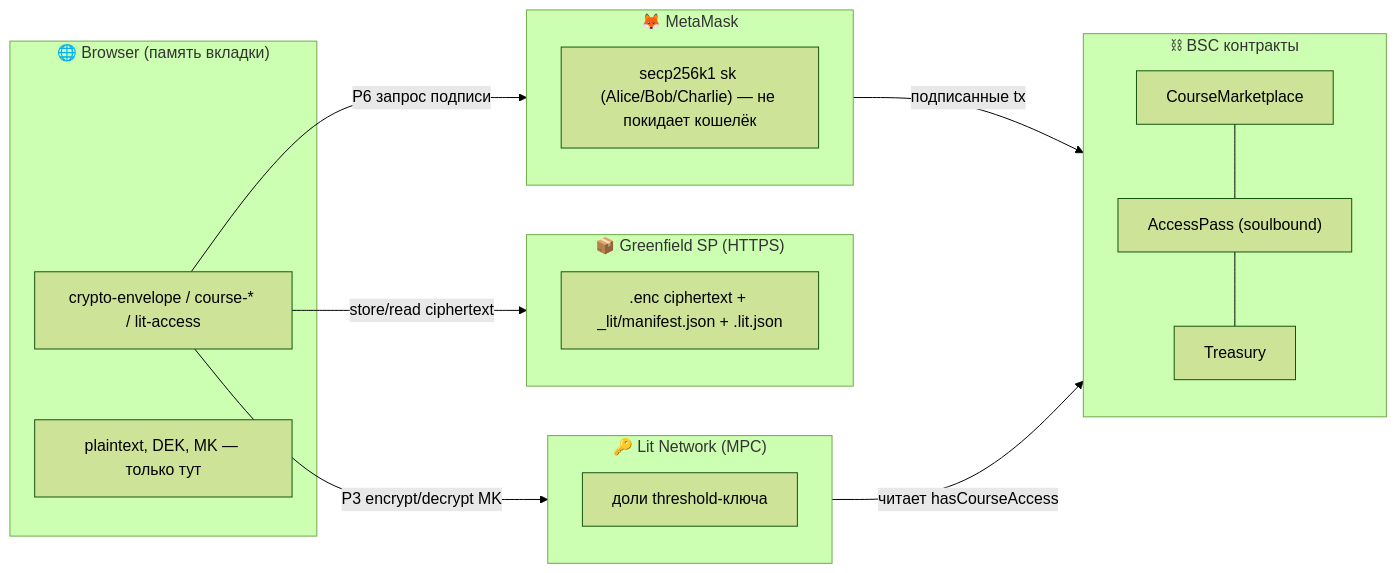
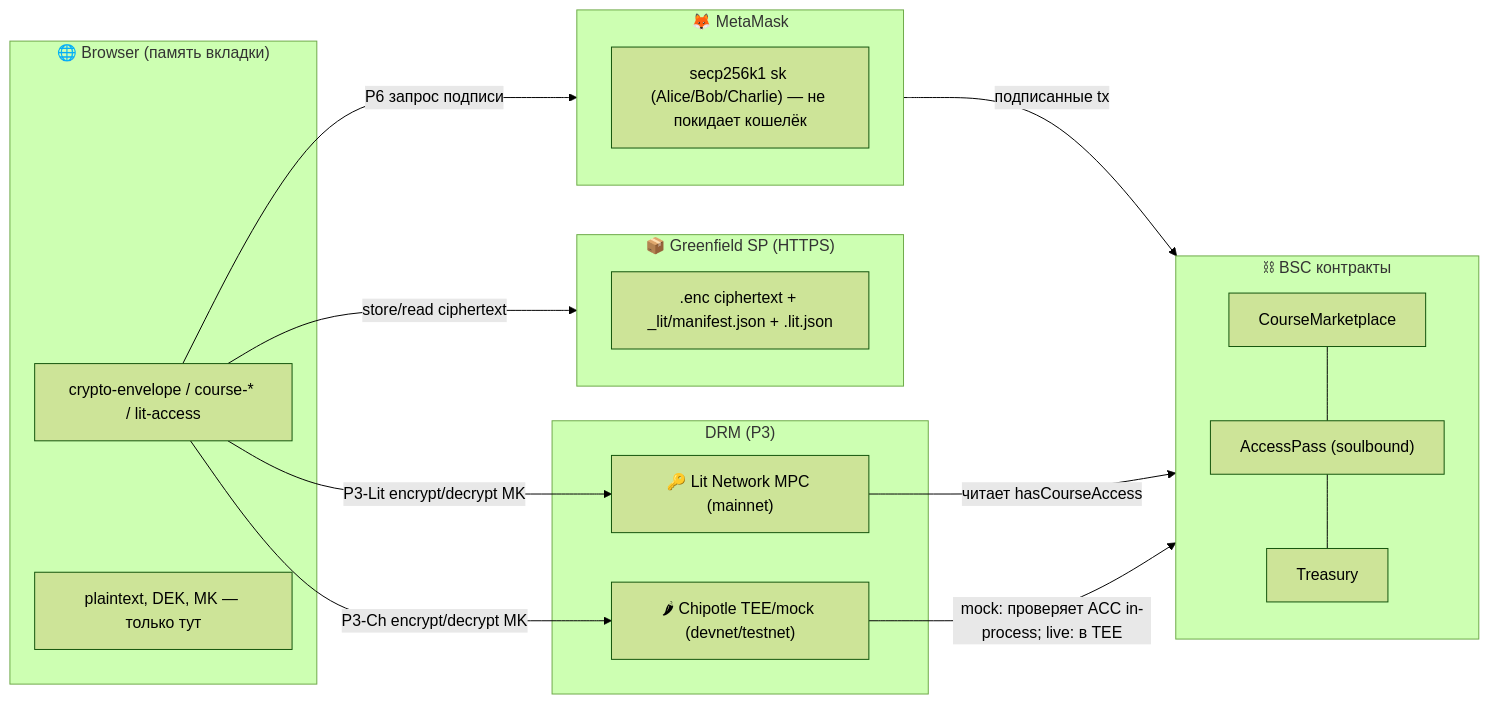
Before and after one commit to goodmai/antigravity: the second of 5 diagrams in crypto.md, drawn with Mermaid (forest theme). The commit also changed other lines of this file, not shown here.

First line of the commit message:
docs(crypto.md): add devnet/testnet/mainnet tiers — Chipotle vs Lit per flow

````diff
--- a/crypto.md
+++ b/crypto.md
@@ -67,24 +164,27 @@
 ```mermaid
 graph LR
   subgraph Browser["🌐 Browser (память вкладки)"]
     JS["crypto-envelope / course-* / lit-access"]
     PTm["plaintext, DEK, MK — только тут"]
   end
   subgraph MM["🦊 MetaMask"]
     SK["secp256k1 sk (Alice/Bob/Charlie) — не покидает кошелёк"]
   end
   subgraph GF["📦 Greenfield SP (HTTPS)"]
     OBJ[".enc ciphertext + _lit/manifest.json + .lit.json"]
   end
   subgraph BSC["⛓ BSC контракты"]
     CM["CourseMarketplace"] --- AP["AccessPass (soulbound)"] --- TR["Treasury"]
   end
-  subgraph LIT["🔑 Lit Network (MPC)"]
-    SH["доли threshold-ключа"]
+  subgraph DRM["DRM (P3)"]
+    LIT["🔑 Lit Network MPC (mainnet)"]
+    CH["🌶 Chipotle TEE/mock (devnet/testnet)"]
   end
   JS -->|P6 запрос подписи| MM
   JS -->|store/read ciphertext| GF
-  JS -->|P3 encrypt/decrypt MK| LIT
+  JS -->|P3-Lit encrypt/decrypt MK| LIT
+  JS -->|P3-Ch encrypt/decrypt MK| CH
   MM -->|подписанные tx| BSC
   LIT -->|читает hasCourseAccess| BSC
+  CH -->|mock: проверяет ACC in-process; live: в TEE| BSC
 ```
````
